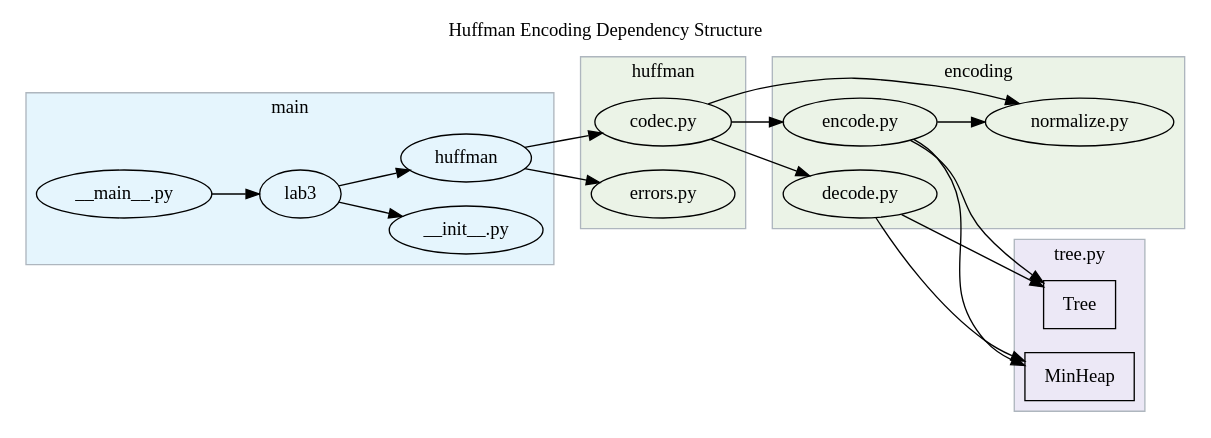
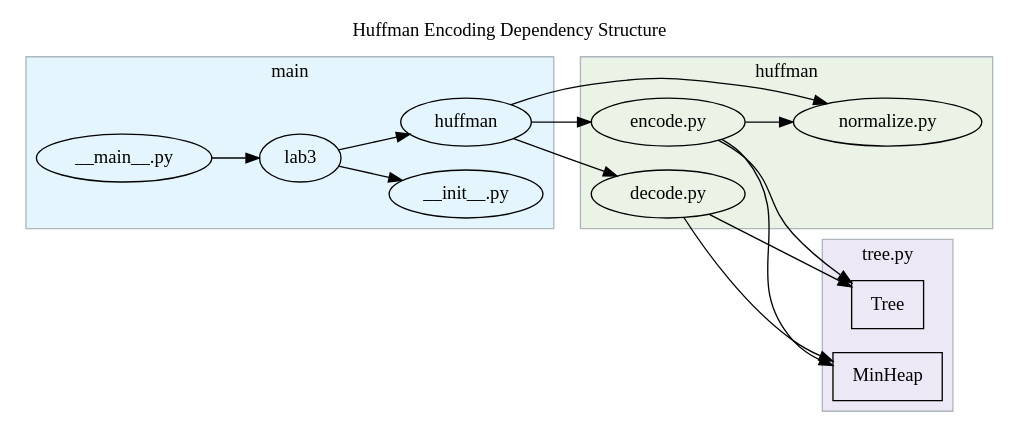
The diagram in lab-3/packages.dot (jllovet/jhu-en-605-202-su26-data-structures), drawn with Graphviz before and after one commit. The commit also changed 15 other files, not shown here.

```diff
--- a/lab-3/packages.dot
+++ b/lab-3/packages.dot
@@ -1,72 +1,58 @@
 digraph G {
     rankdir="LR"
     ratio=auto
     ranksep=auto
     splines=true
 
     label="Huffman Encoding Dependency Structure"
     labelloc="t"
 
     // Nodes
     subgraph cluster_main {
         label="main"
         style=rounded
         style=filled
         pencolor="#AEB6BE"
         bgcolor="#E5F5FD"
         lab3 [label="lab3"]
         main [label="__main__.py"]
         lab3_init [label="__init__.py"]
         huffman [label="huffman"]
 
         lab3 -> lab3_init
         main -> lab3
         lab3 -> huffman
     }
 
     subgraph cluster_huffman {
         label="huffman"
         style=rounded
         style=filled
         pencolor="#AEB6BE"
         bgcolor="#EBF3E7"
-        codec [label="codec.py"]
-        errors [label="errors.py"]
-    }
-
-    subgraph cluster_encoding {
-        label="encoding"
-        style=rounded
-        style=filled
-        pencolor="#AEB6BE"
-        bgcolor="#EBF3E7"
         encode [label="encode.py"]
         decode [label="decode.py"]
         normalize [label="normalize.py"]
         encode -> normalize
     }
     
     subgraph cluster_tree {
         label="tree.py"
         style=rounded
         style=filled
         pencolor="#AEB6BE"
         bgcolor="#ECE8F6"
         Tree [label="Tree" shape=rectangle]
         MinHeap [label="MinHeap" shape=rectangle]
     }
 
-    huffman -> codec
-    huffman -> errors
-
-    codec -> encode
-    codec -> decode
-    codec -> normalize
+    huffman -> encode
+    huffman -> decode
+    huffman -> normalize
 
     encode -> MinHeap
     decode -> MinHeap
     
     encode -> Tree
     decode -> Tree
-
 }
```
